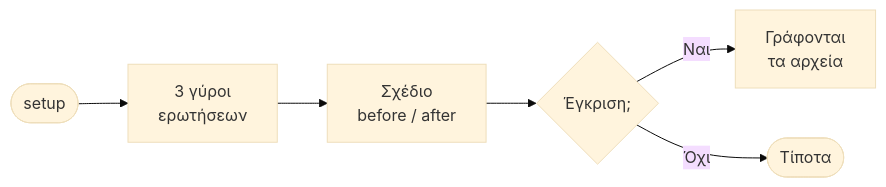
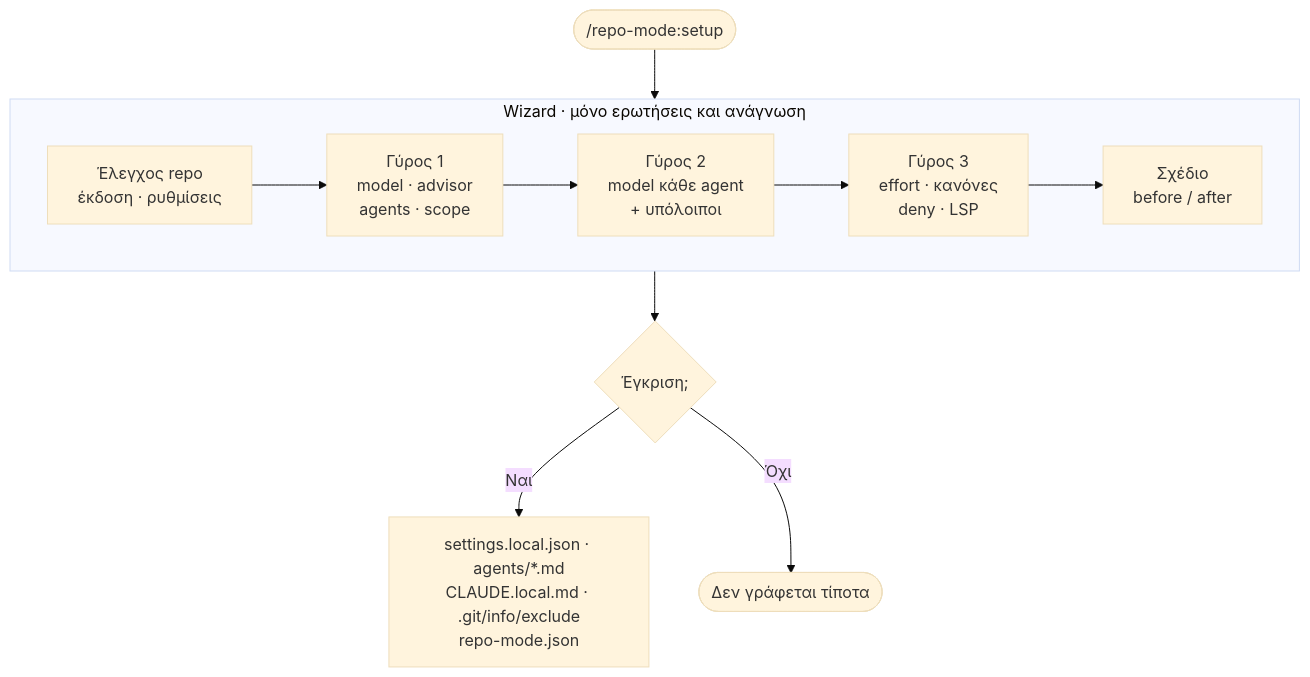
The second of 2 diagrams in plugins/repo-mode/README.md (kniko/claude-plugins), drawn with Mermaid (base theme) before and after one commit. The commit also changed other lines of this file, not shown here.

Commit message:
repo-mode README: diagrams with more detail, still compact

````diff
--- a/plugins/repo-mode/README.md
+++ b/plugins/repo-mode/README.md
@@ -38,6 +44,11 @@
 ```mermaid
-flowchart LR
-    S(["setup"]) --> W["3 γύροι<br/>ερωτήσεων"] --> P["Σχέδιο<br/>before / after"] --> Q{"Έγκριση;"}
-    Q -->|"Ναι"| F["Γράφονται<br/>τα αρχεία"]
-    Q -->|"Όχι"| X(["Τίποτα"])
+flowchart TD
+    S(["/repo-mode:setup"]) --> WZ
+    subgraph WZ ["Wizard · μόνο ερωτήσεις και ανάγνωση"]
+        direction LR
+        W0["Έλεγχος repo<br/>έκδοση · ρυθμίσεις"] --> W1["Γύρος 1<br/>model · advisor<br/>agents · scope"] --> W2["Γύρος 2<br/>model κάθε agent<br/>+ υπόλοιποι"] --> W3["Γύρος 3<br/>effort · κανόνες<br/>deny · LSP"] --> W4["Σχέδιο<br/>before / after"]
+    end
+    WZ --> Q{"Έγκριση;"}
+    Q -->|"Ναι"| F["settings.local.json · agents/*.md<br/>CLAUDE.local.md · .git/info/exclude<br/>repo-mode.json"]
+    Q -->|"Όχι"| X(["Δεν γράφεται τίποτα"])
 ```
````
